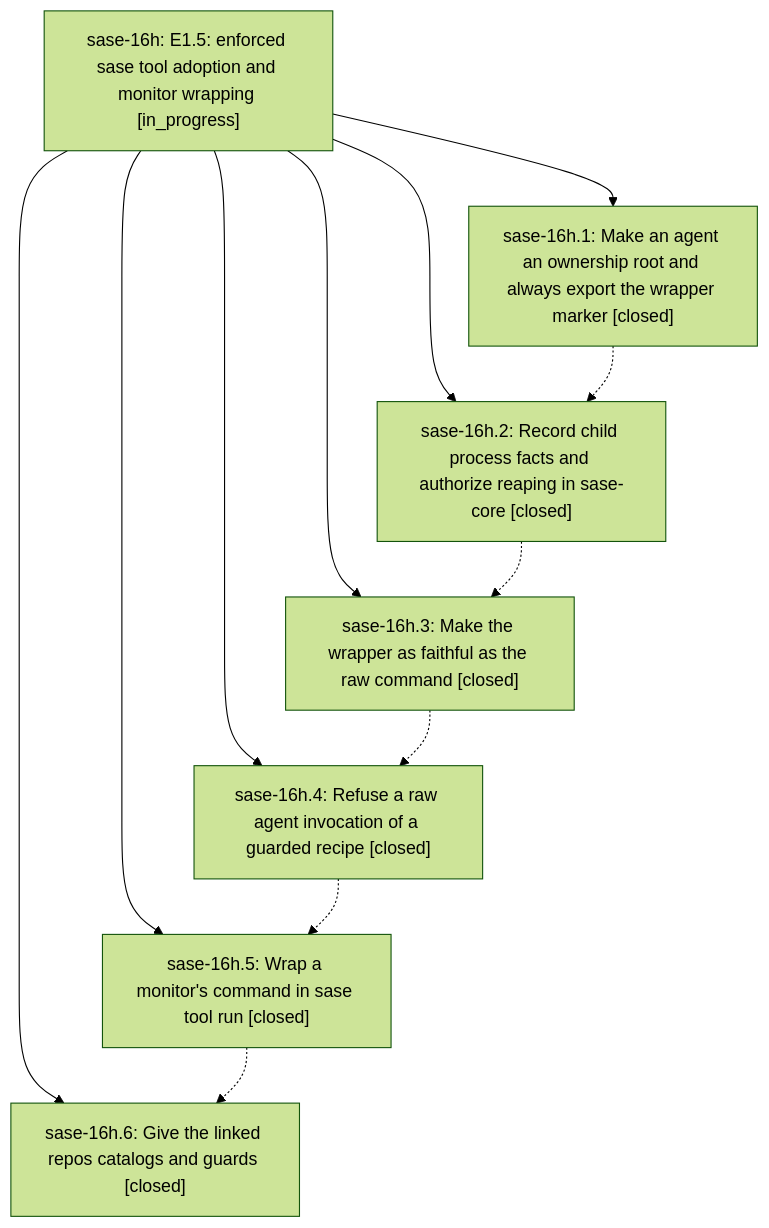
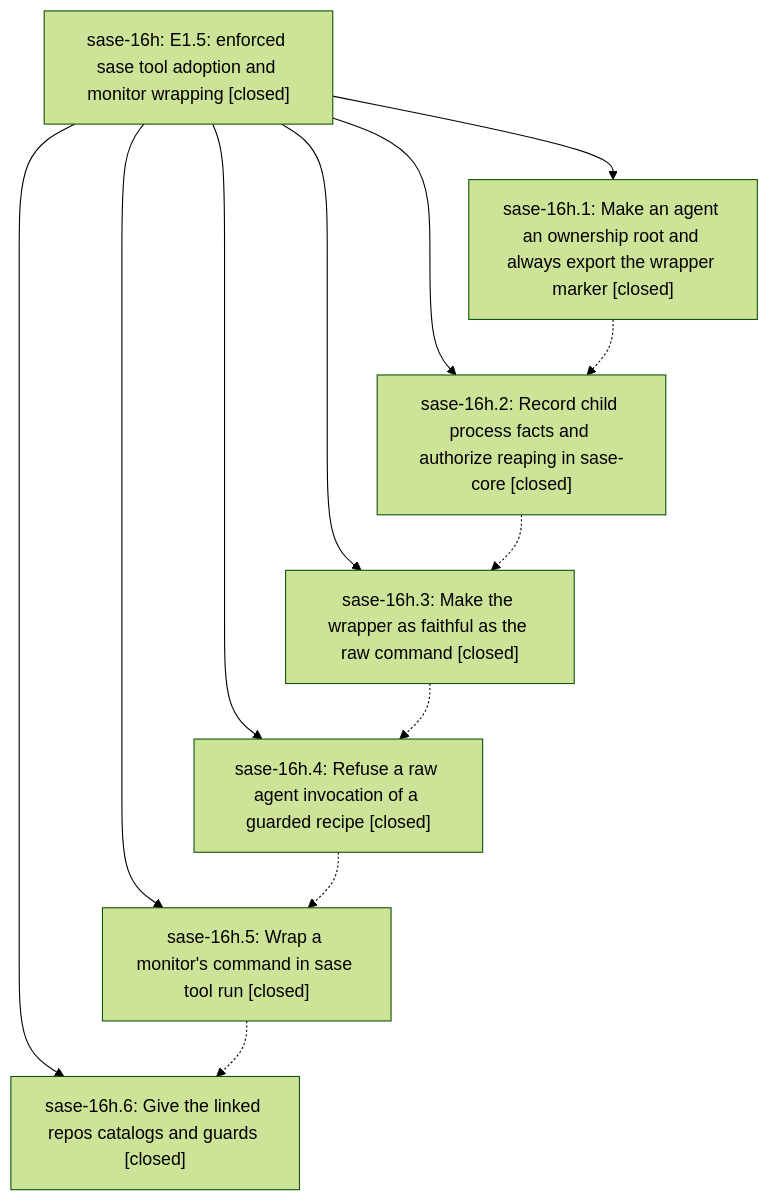
The diagram in pages/sase-16h/README.md (sase-org/sase--beads), drawn with Mermaid (forest theme) before and after one commit. The commit also changed other lines of this file, not shown here.

First line of the commit message:
chore(beads): sync bead state and pages for sase-16h

````diff
--- a/pages/sase-16h/README.md
+++ b/pages/sase-16h/README.md
@@ -31,21 +37,21 @@
 ```mermaid
 flowchart TD
-    n0["sase-16h: E1.5: enforced sase tool adoption and monitor wrapping [in_progress]"]
+    n0["sase-16h: E1.5: enforced sase tool adoption and monitor wrapping [closed]"]
     n1["sase-16h.1: Make an agent an ownership root and always export the wrapper marker [closed]"]
     n2["sase-16h.2: Record child process facts and authorize reaping in sase-core [closed]"]
     n3["sase-16h.3: Make the wrapper as faithful as the raw command [closed]"]
     n4["sase-16h.4: Refuse a raw agent invocation of a guarded recipe [closed]"]
     n5["sase-16h.5: Wrap a monitor's command in sase tool run [closed]"]
     n6["sase-16h.6: Give the linked repos catalogs and guards [closed]"]
     n0 --> n1
     n0 --> n2
     n0 --> n3
     n0 --> n4
     n0 --> n5
     n0 --> n6
     n1 -.-> n2
     n2 -.-> n3
     n3 -.-> n4
     n4 -.-> n5
     n5 -.-> n6
 ```
````
